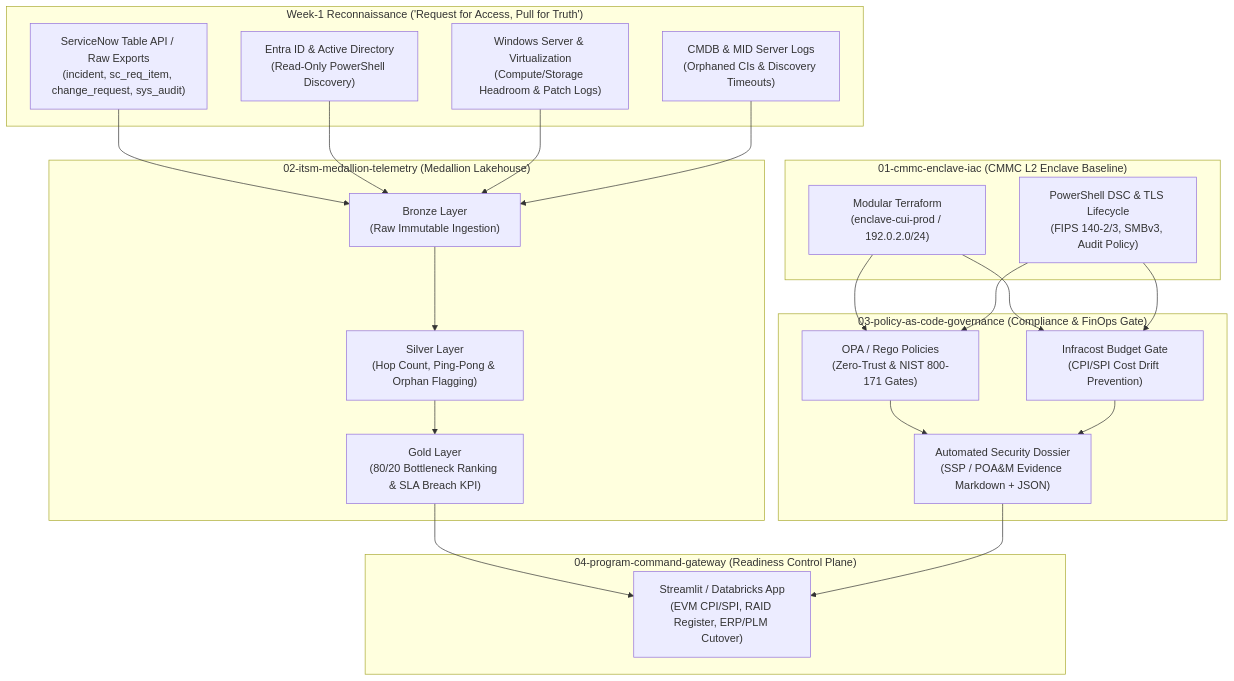
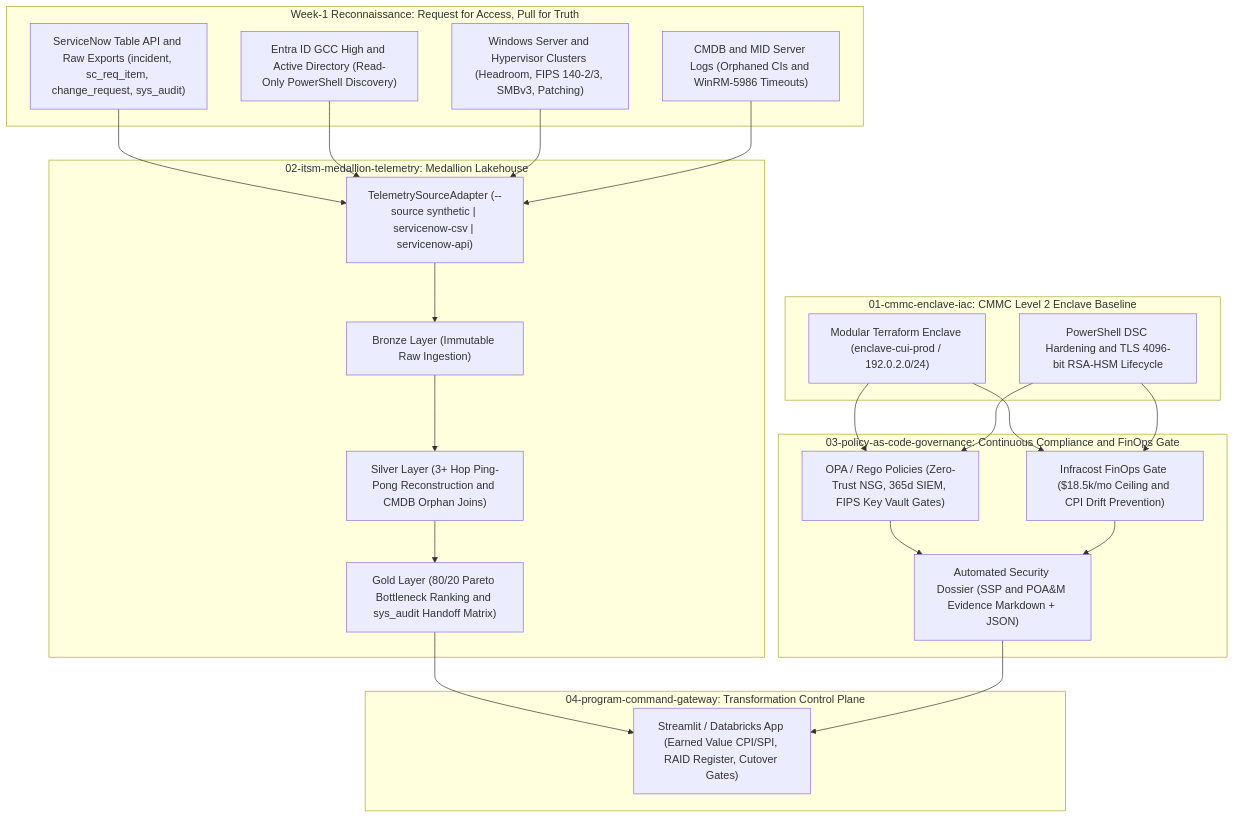
Before and after one commit to FreeFades2Black/defense-manufacturing-enterprise-blueprint: the first of 2 diagrams in README.md, drawn with Mermaid. The commit also changed other lines of this file and 1 other file, not shown here.

Commit message:
docs(architecture): add native Mermaid flow, top-level quality badges, and sample Security Dossier

````diff
--- a/README.md
+++ b/README.md
@@ -14,36 +18,37 @@
 ```mermaid
 flowchart TB
-    subgraph W1["Week-1 Reconnaissance ('Request for Access, Pull for Truth')"]
-        SN["ServiceNow Table API / Raw Exports\n(incident, sc_req_item, change_request, sys_audit)"]
-        AD["Entra ID & Active Directory\n(Read-Only PowerShell Discovery)"]
-        VM["Windows Server & Virtualization\n(Compute/Storage Headroom & Patch Logs)"]
-        MID["CMDB & MID Server Logs\n(Orphaned CIs & Discovery Timeouts)"]
+    subgraph W1["Week-1 Reconnaissance: Request for Access, Pull for Truth"]
+        SN["ServiceNow Table API and Raw Exports (incident, sc_req_item, change_request, sys_audit)"]
+        AD["Entra ID GCC High and Active Directory (Read-Only PowerShell Discovery)"]
+        VM["Windows Server and Hypervisor Clusters (Headroom, FIPS 140-2/3, SMBv3, Patching)"]
+        MID["CMDB and MID Server Logs (Orphaned CIs and WinRM-5986 Timeouts)"]
     end
 
-    subgraph M01["01-cmmc-enclave-iac (CMMC L2 Enclave Baseline)"]
-        TF["Modular Terraform\n(enclave-cui-prod / 192.0.2.0/24)"]
-        DSC["PowerShell DSC & TLS Lifecycle\n(FIPS 140-2/3, SMBv3, Audit Policy)"]
+    subgraph M01["01-cmmc-enclave-iac: CMMC Level 2 Enclave Baseline"]
+        TF["Modular Terraform Enclave (enclave-cui-prod / 192.0.2.0/24)"]
+        DSC["PowerShell DSC Hardening and TLS 4096-bit RSA-HSM Lifecycle"]
     end
 
-    subgraph M02["02-itsm-medallion-telemetry (Medallion Lakehouse)"]
-        BRZ["Bronze Layer\n(Raw Immutable Ingestion)"]
-        SLV["Silver Layer\n(Hop Count, Ping-Pong & Orphan Flagging)"]
-        GLD["Gold Layer\n(80/20 Bottleneck Ranking & SLA Breach KPI)"]
+    subgraph M02["02-itsm-medallion-telemetry: Medallion Lakehouse"]
+        ADP["TelemetrySourceAdapter (--source synthetic | servicenow-csv | servicenow-api)"]
+        BRZ["Bronze Layer (Immutable Raw Ingestion)"]
+        SLV["Silver Layer (3+ Hop Ping-Pong Reconstruction and CMDB Orphan Joins)"]
+        GLD["Gold Layer (80/20 Pareto Bottleneck Ranking and sys_audit Handoff Matrix)"]
     end
 
-    subgraph M03["03-policy-as-code-governance (Compliance & FinOps Gate)"]
-        OPA["OPA / Rego Policies\n(Zero-Trust & NIST 800-171 Gates)"]
-        FIN["Infracost Budget Gate\n(CPI/SPI Cost Drift Prevention)"]
-        DOS["Automated Security Dossier\n(SSP / POA&M Evidence Markdown + JSON)"]
+    subgraph M03["03-policy-as-code-governance: Continuous Compliance and FinOps Gate"]
+        OPA["OPA / Rego Policies (Zero-Trust NSG, 365d SIEM, FIPS Key Vault Gates)"]
+        FIN["Infracost FinOps Gate ($18.5k/mo Ceiling and CPI Drift Prevention)"]
+        DOS["Automated Security Dossier (SSP and POA&M Evidence Markdown + JSON)"]
     end
 
-    subgraph M04["04-program-command-gateway (Readiness Control Plane)"]
-        APP["Streamlit / Databricks App\n(EVM CPI/SPI, RAID Register, ERP/PLM Cutover)"]
+    subgraph M04["04-program-command-gateway: Transformation Control Plane"]
+        APP["Streamlit / Databricks App (Earned Value CPI/SPI, RAID Register, Cutover Gates)"]
     end
 
-    SN & AD & VM & MID --> BRZ
-    BRZ --> SLV --> GLD
+    SN & AD & VM & MID --> ADP
+    ADP --> BRZ --> SLV --> GLD
     TF & DSC --> OPA & FIN
     OPA & FIN --> DOS
     GLD & DOS --> APP
 ```
````
